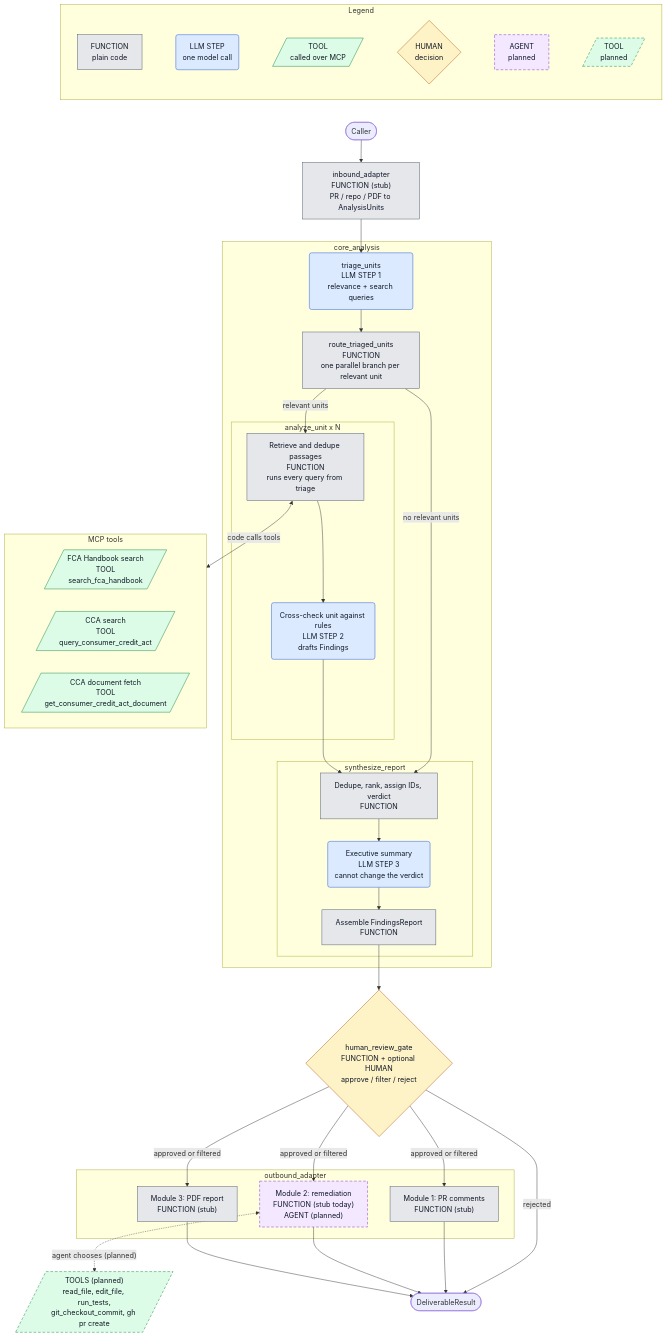
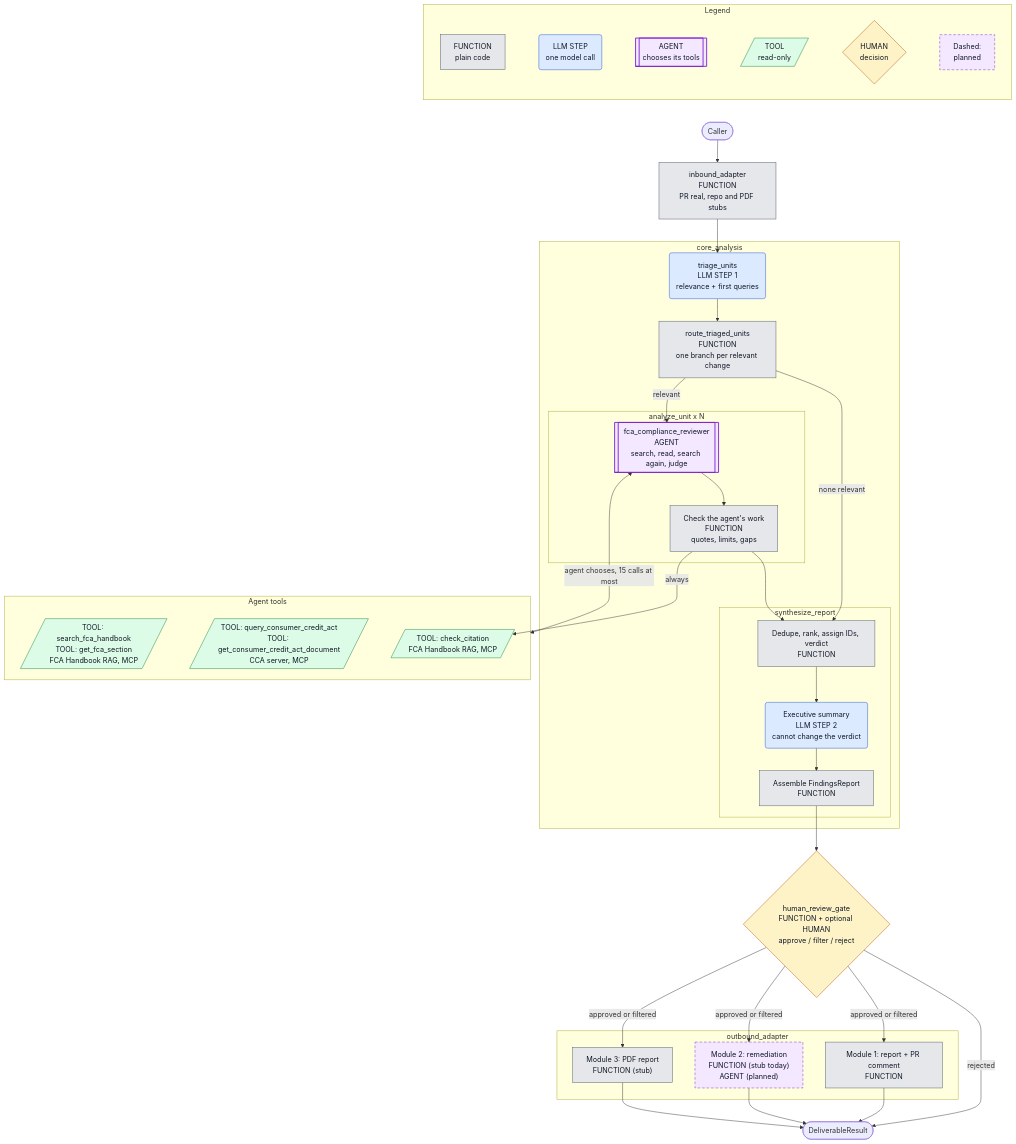
One commit to langchain-samples/fsi-hackathon-london-2026 changed the third of 3 diagrams in 04_fca_compliance_agent/ARCHITECTURE.md. Above: the diagram before and after it, drawn with Mermaid. The commit also changed other lines of this file and 30 other files, not shown here.

First line of the commit message:
feat: review FCA and CCA compliance with the fca_compliance_reviewer agent

````diff
--- a/04_fca_compliance_agent/ARCHITECTURE.md
+++ b/04_fca_compliance_agent/ARCHITECTURE.md
@@ -124,66 +126,65 @@
 ```mermaid
 flowchart TB
-    START(["Caller"]) --> IN["inbound_adapter<br/>FUNCTION (stub)<br/>PR / repo / PDF to AnalysisUnits"]
+    subgraph LEGEND["Legend"]
+        direction LR
+        L1["FUNCTION<br/>plain code"] ~~~ L2("LLM STEP<br/>one model call") ~~~ L5[["AGENT<br/>chooses its tools"]] ~~~ L3[/"TOOL<br/>read-only"/] ~~~ L4{"HUMAN<br/>decision"} ~~~ L6["Dashed:<br/>planned"]
+    end
+    LEGEND ~~~ START
+
+    START(["Caller"]) --> IN["inbound_adapter<br/>FUNCTION<br/>PR real, repo and PDF stubs"]
 
     subgraph CORE["core_analysis"]
-        TRI("triage_units<br/>LLM STEP 1<br/>relevance + search queries")
-        ROUTE["route_triaged_units<br/>FUNCTION<br/>one parallel branch per relevant unit"]
+        TRI("triage_units<br/>LLM STEP 1<br/>relevance + first queries")
+        ROUTE["route_triaged_units<br/>FUNCTION<br/>one branch per relevant change"]
 
         subgraph ANALYZE["analyze_unit x N"]
-            RET["Retrieve and dedupe passages<br/>FUNCTION<br/>runs every query from triage"]
-            CHECK("Cross-check unit against rules<br/>LLM STEP 2<br/>drafts Findings")
+            AGENT[["fca_compliance_reviewer<br/>AGENT<br/>search, read, search again, judge"]]
+            CHECK["Check the agent's work<br/>FUNCTION<br/>quotes, limits, gaps"]
         end
 
         subgraph SYNTH["synthesize_report"]
             RANK["Dedupe, rank, assign IDs, verdict<br/>FUNCTION"]
-            SUM("Executive summary<br/>LLM STEP 3<br/>cannot change the verdict")
+            SUM("Executive summary<br/>LLM STEP 2<br/>cannot change the verdict")
             REPORT["Assemble FindingsReport<br/>FUNCTION"]
         end
     end
 
-    subgraph TOOLS["MCP tools"]
-        FCA[/"FCA Handbook search<br/>TOOL<br/>search_fca_handbook"/]
-        CCA[/"CCA search<br/>TOOL<br/>query_consumer_credit_act"/]
-        CCADOC[/"CCA document fetch<br/>TOOL<br/>get_consumer_credit_act_document"/]
+    subgraph TOOLS["Agent tools"]
+        FCA[/"TOOL: search_fca_handbook<br/>TOOL: get_fca_section<br/>FCA Handbook RAG, MCP"/]
+        CCA[/"TOOL: query_consumer_credit_act<br/>TOOL: get_consumer_credit_act_document<br/>CCA server, MCP"/]
+        CIT[/"TOOL: check_citation<br/>FCA Handbook RAG, MCP"/]
     end
 
     GATE{"human_review_gate<br/>FUNCTION + optional HUMAN<br/>approve / filter / reject"}
 
     subgraph OUT["outbound_adapter"]
-        OUTPR["Module 1: PR comments<br/>FUNCTION (stub)"]
+        OUTPR["Module 1: report + PR comment<br/>FUNCTION"]
         OUTREPO["Module 2: remediation<br/>FUNCTION (stub today)<br/>AGENT (planned)"]
         OUTPDF["Module 3: PDF report<br/>FUNCTION (stub)"]
     end
 
-    AGTOOLS[/"TOOLS (planned)<br/>read_file, edit_file, run_tests,<br/>git_checkout_commit, gh pr create"/]
     DONE(["DeliverableResult"])
 
-    subgraph LEGEND["Legend"]
-        direction LR
-        L1["FUNCTION<br/>plain code"] ~~~ L2("LLM STEP<br/>one model call") ~~~ L3[/"TOOL<br/>called over MCP"/] ~~~ L4{"HUMAN<br/>decision"} ~~~ L5["AGENT<br/>planned"] ~~~ L6[/"TOOL<br/>planned"/]
-    end
-    LEGEND ~~~ START
-
     IN --> TRI --> ROUTE
-    ROUTE -->|"relevant units"| RET
-    ROUTE -->|"no relevant units"| RANK
-    RET --> CHECK --> RANK --> SUM --> REPORT --> GATE
-    RET <-->|"code calls tools"| TOOLS
+    ROUTE -->|"relevant"| AGENT
+    ROUTE -->|"none relevant"| RANK
+    AGENT <-->|"agent chooses, 15 calls at most"| TOOLS
+    AGENT --> CHECK --> RANK --> SUM --> REPORT --> GATE
+    CHECK -->|"always"| CIT
     GATE -->|"approved or filtered"| OUTPR & OUTREPO & OUTPDF
     GATE -->|"rejected"| DONE
-    OUTREPO <-.->|"agent chooses (planned)"| AGTOOLS
     OUTPR & OUTREPO & OUTPDF --> DONE
 
     classDef fn fill:#e5e7eb,stroke:#4b5563,color:#111827
     classDef llm fill:#dbeafe,stroke:#1d4ed8,color:#111827
     classDef tool fill:#dcfce7,stroke:#15803d,color:#111827
     classDef human fill:#fef3c7,stroke:#b45309,color:#111827
-    classDef agent fill:#f3e8ff,stroke:#7e22ce,color:#111827,stroke-dasharray:6 4
-    classDef planned fill:#dcfce7,stroke:#15803d,color:#111827,stroke-dasharray:6 4
-    class IN,ROUTE,RET,RANK,REPORT,OUTPR,OUTPDF,L1 fn
-    class TRI,CHECK,SUM,L2 llm
-    class FCA,CCA,CCADOC,L3 tool
+    classDef agent fill:#f3e8ff,stroke:#7e22ce,color:#111827,stroke-width:2px
+    classDef planned fill:#f3e8ff,stroke:#7e22ce,color:#111827,stroke-dasharray:6 4
+    class IN,ROUTE,CHECK,RANK,REPORT,OUTPR,OUTPDF,L1 fn
+    class TRI,SUM,L2 llm
+    class FCA,CCA,CIT,L3 tool
     class GATE,L4 human
-    class OUTREPO,L5 agent
-    class AGTOOLS,L6 planned
+    class AGENT,L5 agent
+    class OUTREPO,L6 planned
 ```
````
